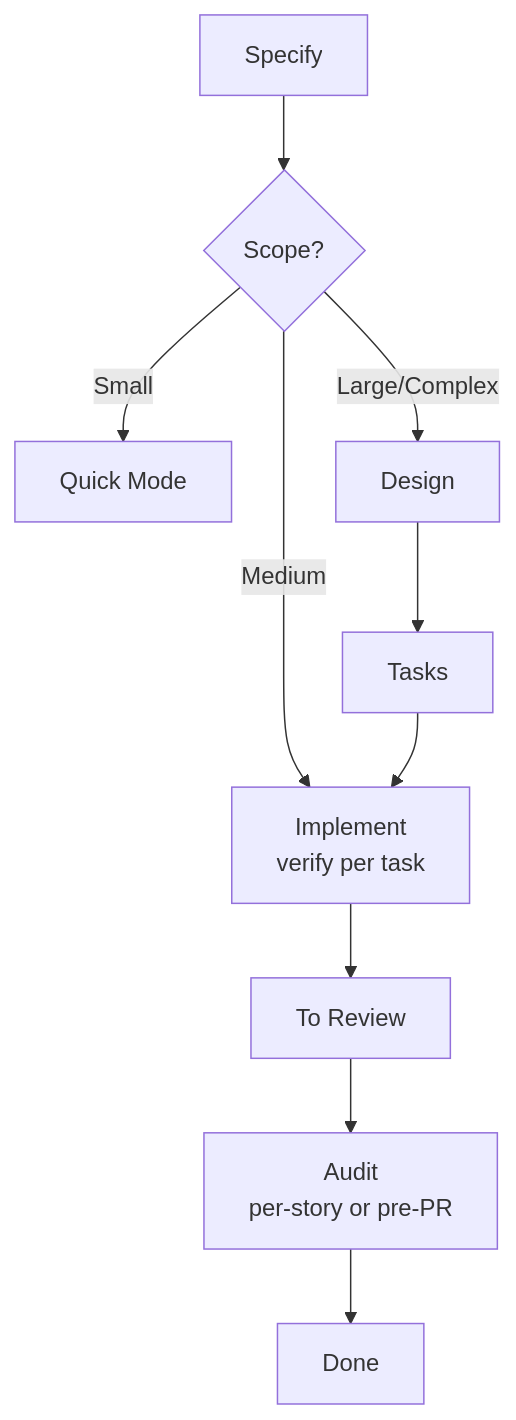
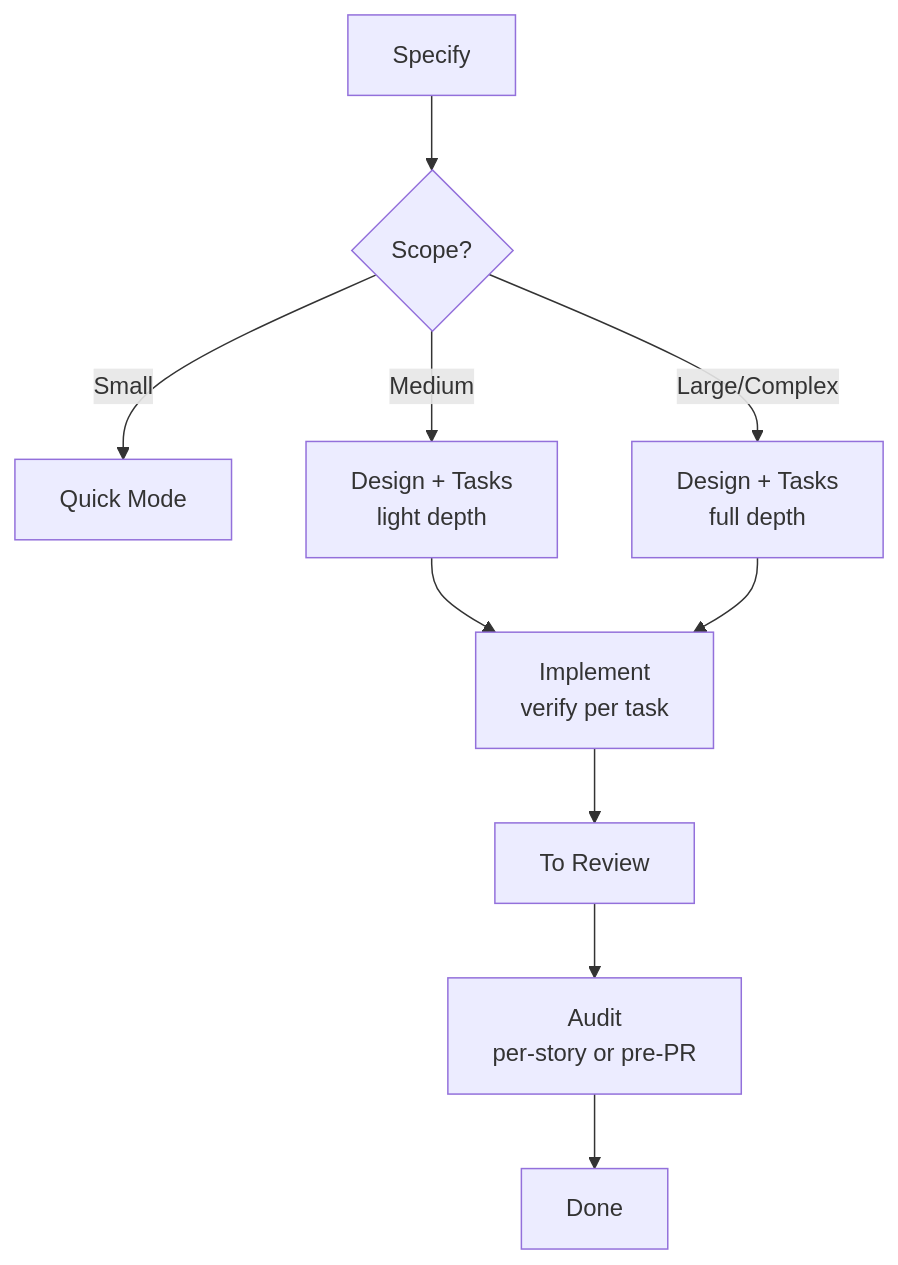
The diagram in skills/engineering/spec-driven/README.md (adeonir/agent-skills), drawn with Mermaid before and after one commit. The commit also changed other lines of this file and 10 other files, not shown here.

````diff
--- a/skills/engineering/spec-driven/README.md
+++ b/skills/engineering/spec-driven/README.md
@@ -11,12 +11,12 @@
 ```mermaid
 flowchart TD
     A[Specify] --> B{Scope?}
     B -->|Small| C[Quick Mode]
-    B -->|Medium| F[Implement<br/>verify per task]
-    B -->|Large/Complex| D[Design]
-    D --> E[Tasks]
+    B -->|Medium| D[Design + Tasks<br/>light depth]
+    B -->|Large/Complex| E[Design + Tasks<br/>full depth]
+    D --> F[Implement<br/>verify per task]
     E --> F
     F --> R[To Review]
     R --> AU[Audit<br/>per-story or pre-PR]
     AU --> G[Done]
 ```
````
